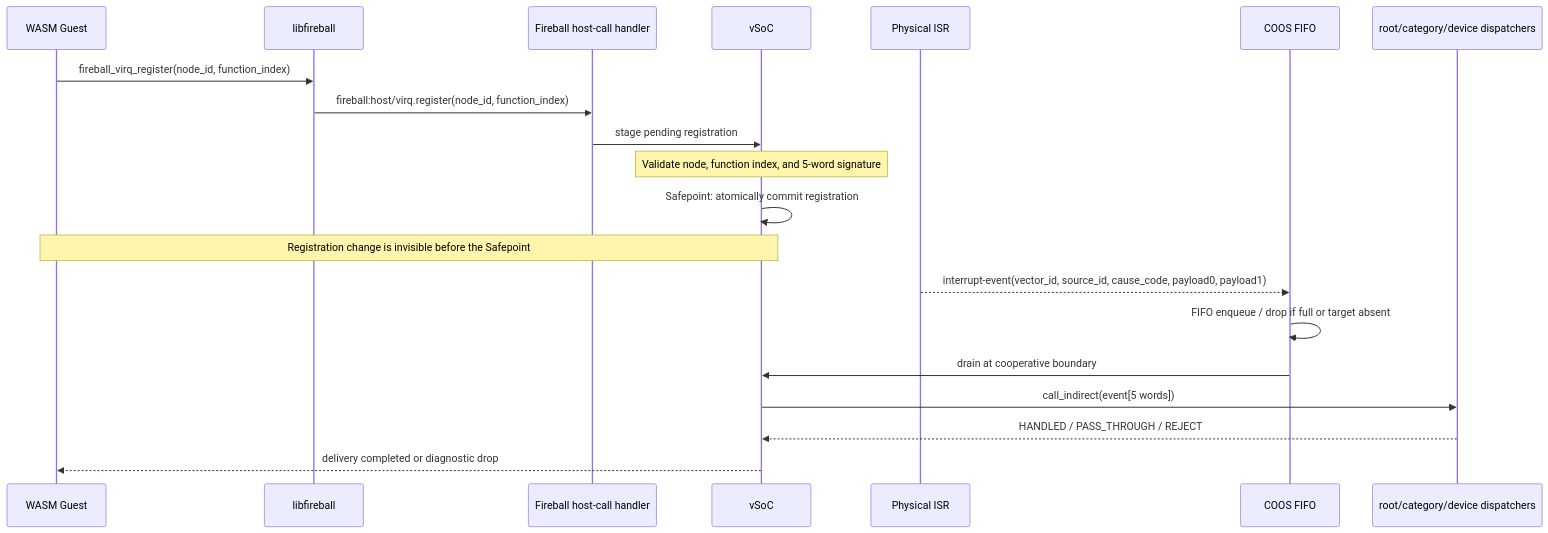
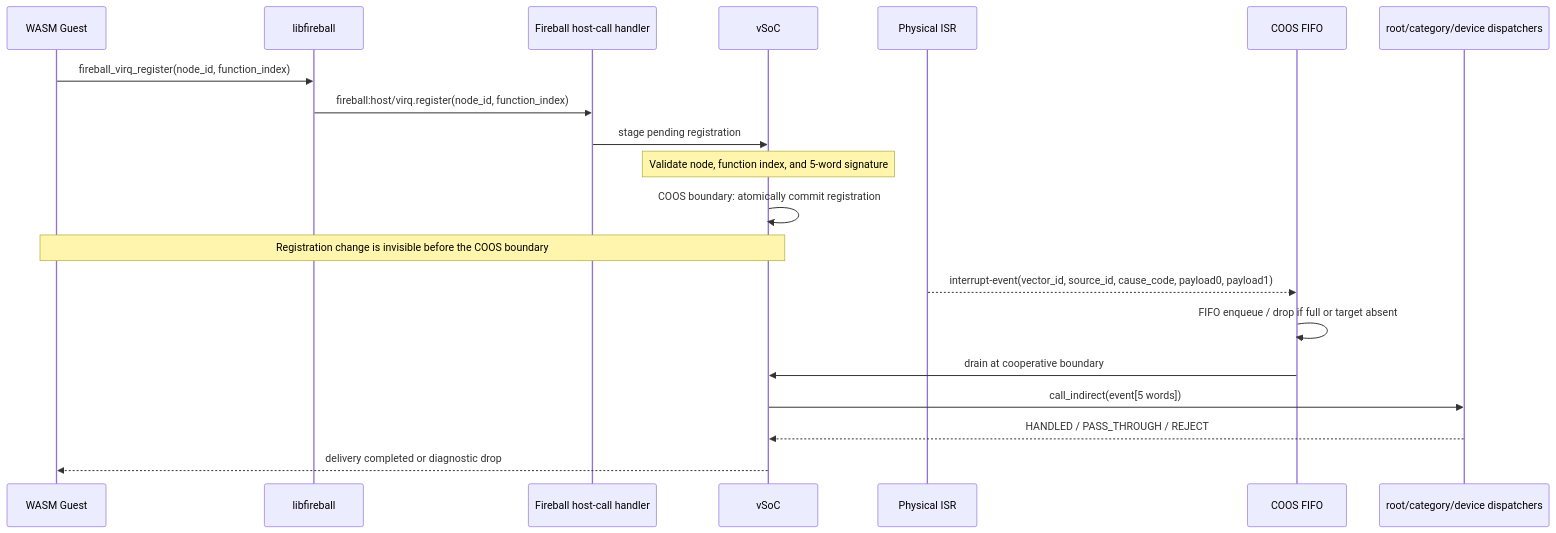
Before and after one commit to kmt-t/fireball: the third of 3 diagrams in docs/components/tier3_platform/libfireball.md, drawn with Mermaid. The commit also changed other lines of this file and 205 other files, not shown here.

````diff
--- a/docs/components/tier3_platform/libfireball.md
+++ b/docs/components/tier3_platform/libfireball.md
@@ -121,23 +121,23 @@
 ```mermaid
 sequenceDiagram
     participant G as WASM Guest
     participant L as libfireball
     participant H as Fireball host-call handler
     participant S as vSoC
     participant I as Physical ISR
     participant C as COOS FIFO
     participant R as root/category/device dispatchers
 
     G->>L: fireball_virq_register(node_id, function_index)
     L->>H: fireball:host/virq.register(node_id, function_index)
     H->>S: stage pending registration
     Note over S: Validate node, function index, and 5-word signature
-    S->>S: Safepoint: atomically commit registration
-    Note over G,S: Registration change is invisible before the Safepoint
+    S->>S: COOS boundary: atomically commit registration
+    Note over G,S: Registration change is invisible before the COOS boundary
     I-->>C: interrupt-event(vector_id, source_id, cause_code, payload0, payload1)
     C->>C: FIFO enqueue / drop if full or target absent
     C->>S: drain at cooperative boundary
     S->>R: call_indirect(event[5 words])
     R-->>S: HANDLED / PASS_THROUGH / REJECT
     S-->>G: delivery completed or diagnostic drop
 ```
````
